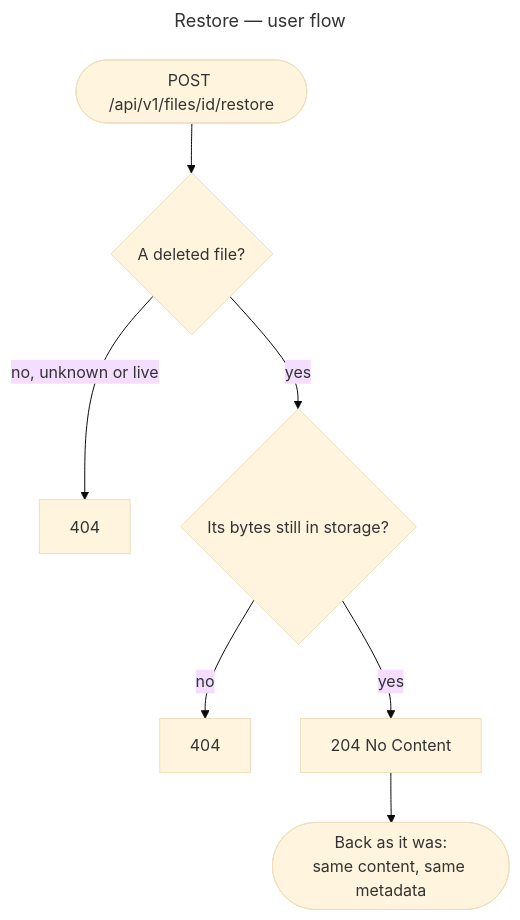
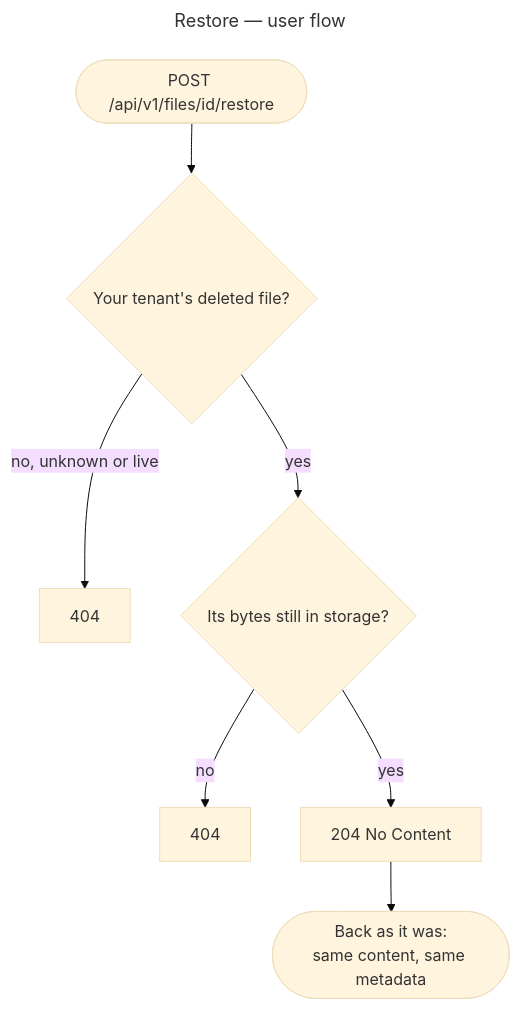
The tenth of 12 diagrams in docs/user-flows.md (gmetskhvarishvili/GM.FileStorage.Samples), drawn with Mermaid (base theme) before and after one commit. The commit also changed other lines of this file and 23 other files, not shown here.

````diff
--- a/docs/user-flows.md
+++ b/docs/user-flows.md
@@ -222,12 +229,12 @@
 ```mermaid
 ---
 title: Restore — user flow
 ---
 flowchart TD
-    start([POST /api/v1/files/id/restore]) --> deleted{A deleted file?}
+    start([POST /api/v1/files/id/restore]) --> deleted{Your tenant's deleted file?}
     deleted -- no, unknown or live --> f404[404]
     deleted -- yes --> bytes{Its bytes still in storage?}
     bytes -- no --> b404[404]
     bytes -- yes --> ok[204 No Content]
     ok --> after([Back as it was:<br/>same content, same metadata])
 ```
````
